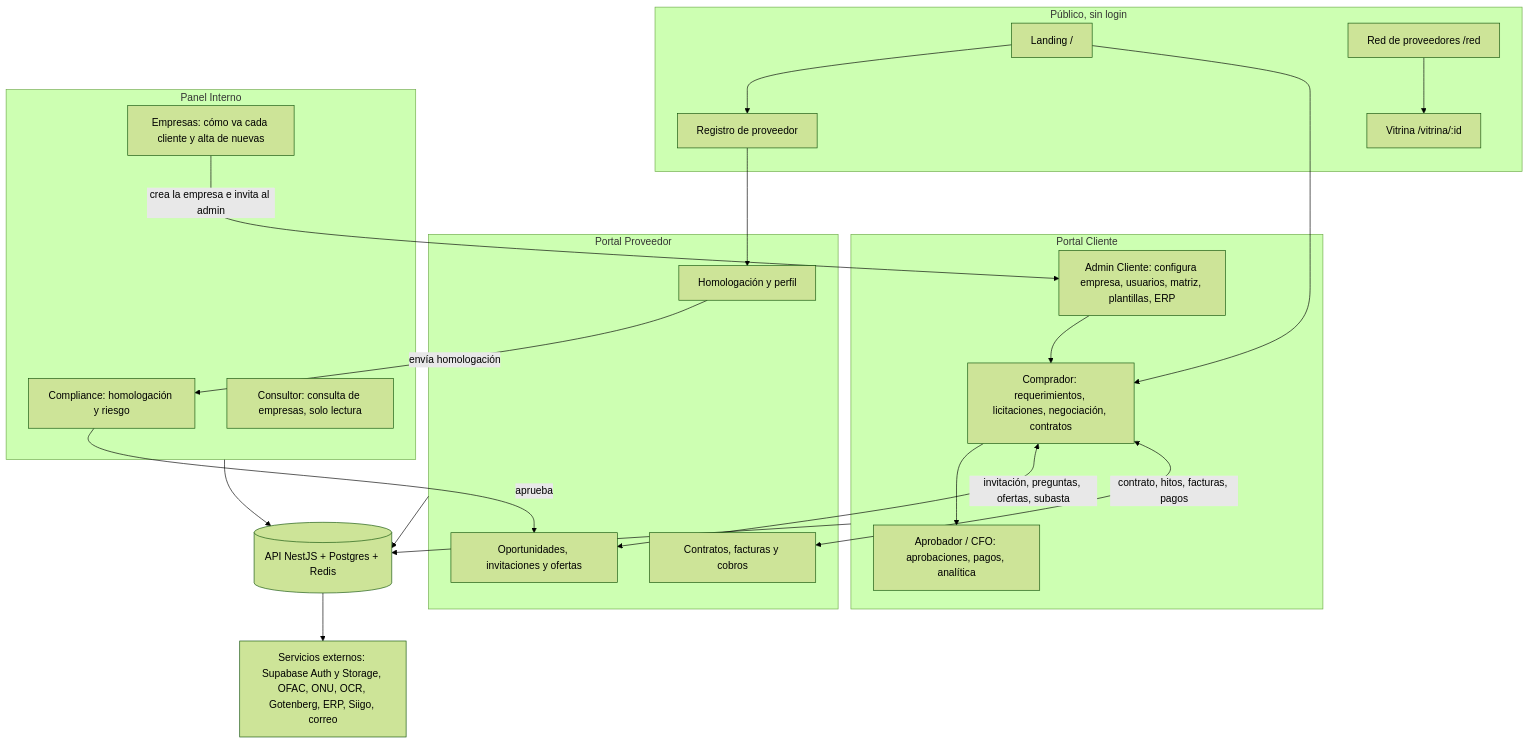
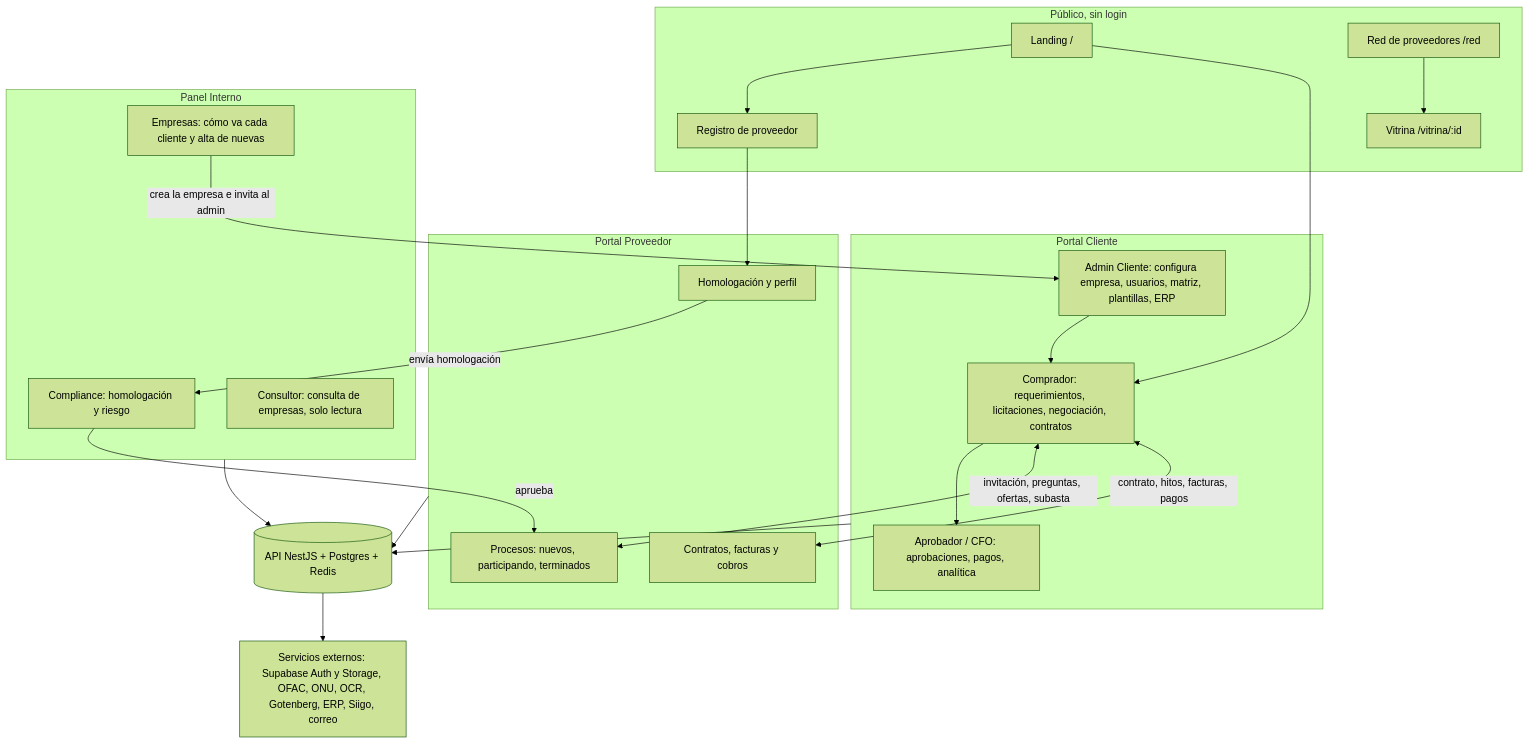
One commit to johnalecc21/bolt_pro changed the first of 34 diagrams in docs/DIAGRAMAS-FLUJO.md. Above: the diagram before and after it, drawn with Mermaid (forest theme). The commit also changed other lines of this file and 30 other files, not shown here.

````diff
--- a/docs/DIAGRAMAS-FLUJO.md
+++ b/docs/DIAGRAMAS-FLUJO.md
@@ -38,37 +38,37 @@
 ```mermaid
 flowchart TD
     subgraph PUB["Público, sin login"]
         L["Landing /"]
         RED["Red de proveedores /red"]
         VIT["Vitrina /vitrina/:id"]
         REG["Registro de proveedor"]
     end
     subgraph CLI["Portal Cliente"]
         C1["Admin Cliente: configura empresa, usuarios, matriz, plantillas, ERP"]
         C2["Comprador: requerimientos, licitaciones, negociación, contratos"]
         C3["Aprobador / CFO: aprobaciones, pagos, analítica"]
     end
     subgraph PRO["Portal Proveedor"]
         P1["Homologación y perfil"]
-        P2["Oportunidades, invitaciones y ofertas"]
+        P2["Procesos: nuevos, participando, terminados"]
         P3["Contratos, facturas y cobros"]
     end
     subgraph INT["Panel Interno"]
         I1["Compliance: homologación y riesgo"]
         I2["Consultor: consulta de empresas, solo lectura"]
         I3["Empresas: cómo va cada cliente y alta de nuevas"]
     end
     API[("API NestJS + Postgres + Redis")]
     EXT["Servicios externos: Supabase Auth y Storage, OFAC, ONU, OCR, Gotenberg, ERP, Siigo, correo"]
 
     L --> REG --> P1
     L --> C2
     RED --> VIT
     I3 -->|"crea la empresa e invita al admin"| C1
     C1 --> C2 --> C3
     P1 -->|"envía homologación"| I1
     I1 -->|"aprueba"| P2
     C2 <-->|"invitación, preguntas, ofertas, subasta"| P2
     C2 <-->|"contrato, hitos, facturas, pagos"| P3
     CLI & PRO & INT --> API --> EXT
 ```
````
